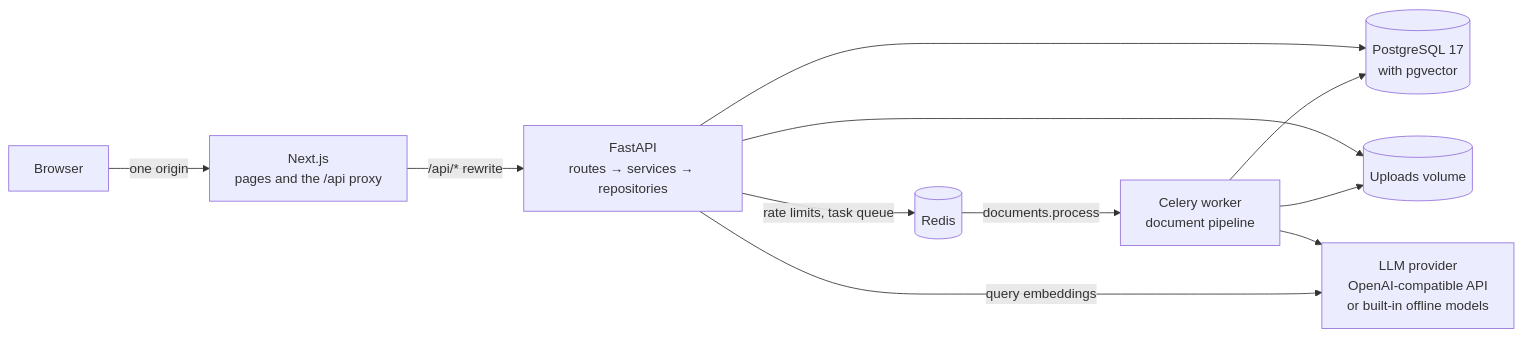
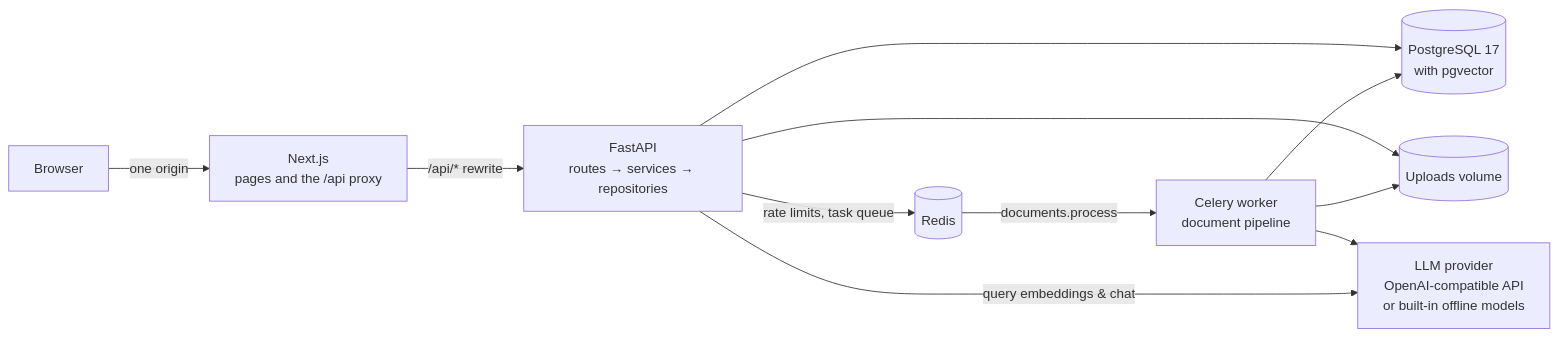
The first of 4 diagrams in README.md (APELSINKos/ai-study-platform), drawn with Mermaid before and after one commit. The commit also changed other lines of this file, not shown here.

Commit message:
docs: README covers grounded chat, citations and chat API

````diff
--- a/README.md
+++ b/README.md
@@ -45,13 +47,13 @@
 ```mermaid
 flowchart LR
     browser["Browser"] -->|"one origin"| next["Next.js<br/>pages and the /api proxy"]
     next -->|"/api/* rewrite"| api["FastAPI<br/>routes → services → repositories"]
     api --> pg[("PostgreSQL 17<br/>with pgvector")]
     api -->|"rate limits, task queue"| redis[("Redis")]
     api --> files[("Uploads volume")]
     redis -->|"documents.process"| worker["Celery worker<br/>document pipeline"]
     worker --> pg
     worker --> files
     worker --> llm["LLM provider<br/>OpenAI-compatible API<br/>or built-in offline models"]
-    api -->|"query embeddings"| llm
+    api -->|"query embeddings & chat"| llm
 ```
````
